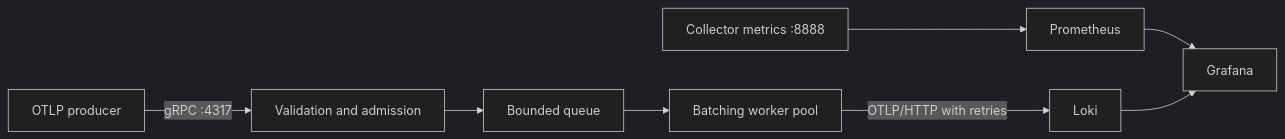
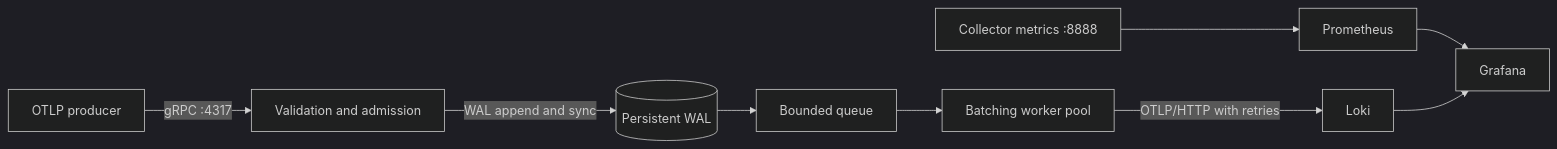
Before and after one commit to iratansh/Distributed-Telemetry-Collector: the diagram in README.md, drawn with Mermaid (dark theme). The commit also changed other lines of this file and 7 other files, not shown here.

````diff
--- a/README.md
+++ b/README.md
@@ -7,10 +7,11 @@
 ```mermaid
 flowchart LR
     P[OTLP producer] -->|gRPC :4317| R[Validation and admission]
-    R --> Q[Bounded queue]
+    R -->|WAL append and sync| D[(Persistent WAL)]
+    D --> Q[Bounded queue]
     Q --> W[Batching worker pool]
     W -->|OTLP/HTTP with retries| L[Loki]
     C[Collector metrics :8888] --> M[Prometheus]
     M --> G[Grafana]
     L --> G
 ```
````
